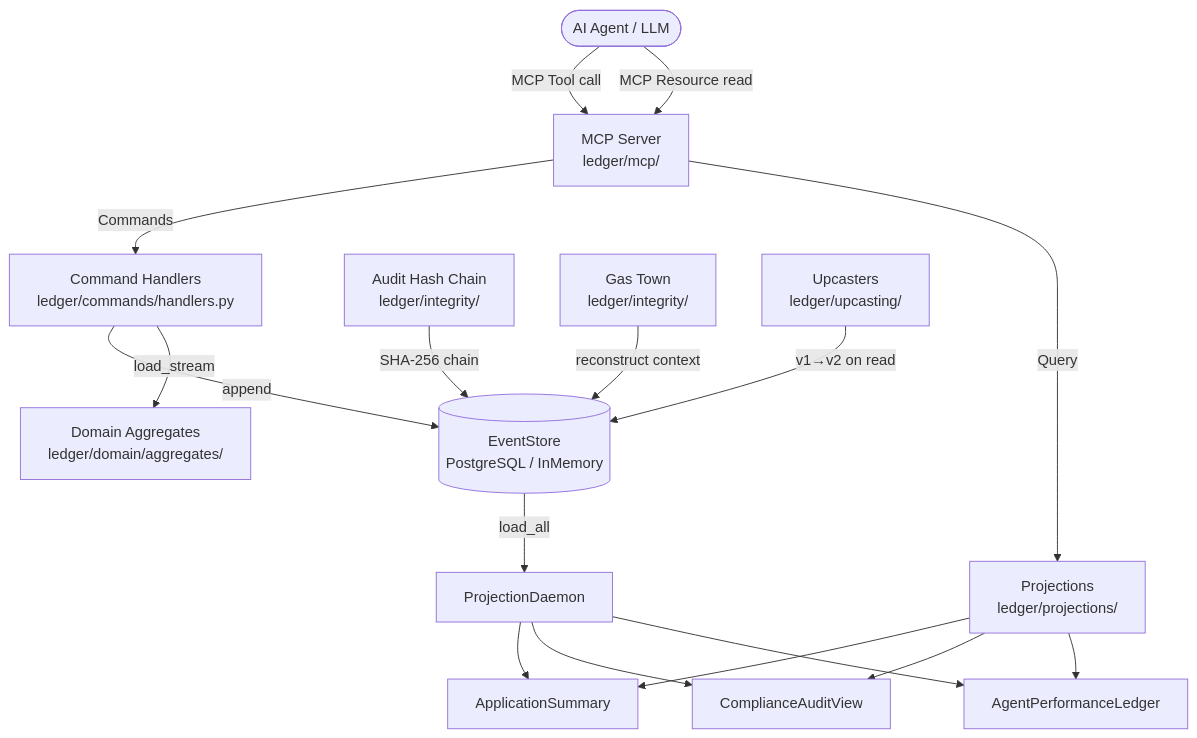
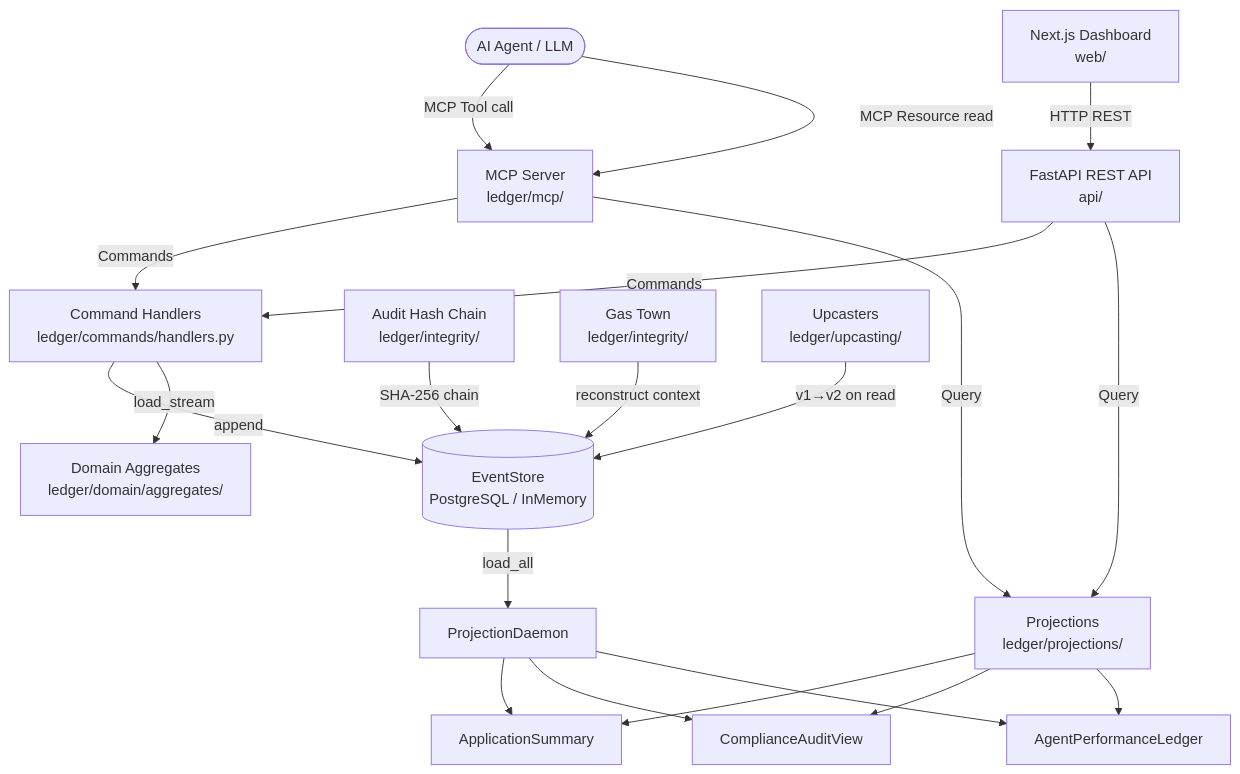
Before and after one commit to NebiyouBelaineh/veritas-stream: the first of 3 diagrams in README.md, drawn with Mermaid. The commit also changed other lines of this file and 1 other file, not shown here.

````diff
--- a/README.md
+++ b/README.md
@@ -11,19 +11,22 @@
 ```mermaid
 flowchart TD
-    Agent([AI Agent / LLM]) -->|MCP Tool call| MCP[MCP Server\nledger/mcp/]
+    Agent([AI Agent / LLM]) -->|MCP Tool call| MCP[MCP Server<br/>ledger/mcp/]
     Agent -->|MCP Resource read| MCP
-    MCP -->|Commands| Handlers[Command Handlers\nledger/commands/handlers.py]
-    MCP -->|Query| Projections[Projections\nledger/projections/]
-    Handlers -->|append| ES[(EventStore\nPostgreSQL / InMemory)]
+    Web[Next.js Dashboard<br/>web/] -->|HTTP REST| API[FastAPI REST API<br/>api/]
+    MCP -->|Commands| Handlers[Command Handlers<br/>ledger/commands/handlers.py]
+    API -->|Commands| Handlers
+    MCP -->|Query| Projections[Projections<br/>ledger/projections/]
+    API -->|Query| Projections
+    Handlers -->|append| ES[(EventStore<br/>PostgreSQL / InMemory)]
     ES -->|load_all| Daemon[ProjectionDaemon]
     Daemon --> AppSummary[ApplicationSummary]
     Daemon --> ComplianceAudit[ComplianceAuditView]
     Daemon --> AgentPerf[AgentPerformanceLedger]
     Projections --> AppSummary
     Projections --> ComplianceAudit
     Projections --> AgentPerf
-    Handlers -->|load_stream| Aggregates[Domain Aggregates\nledger/domain/aggregates/]
-    AuditChain[Audit Hash Chain\nledger/integrity/] -->|SHA-256 chain| ES
-    GasTown[Gas Town\nledger/integrity/] -->|reconstruct context| ES
-    Upcasting[Upcasters\nledger/upcasting/] -->|v1→v2 on read| ES
+    Handlers -->|load_stream| Aggregates[Domain Aggregates<br/>ledger/domain/aggregates/]
+    AuditChain[Audit Hash Chain<br/>ledger/integrity/] -->|SHA-256 chain| ES
+    GasTown[Gas Town<br/>ledger/integrity/] -->|reconstruct context| ES
+    Upcasting[Upcasters<br/>ledger/upcasting/] -->|v1→v2 on read| ES
 ```
````
